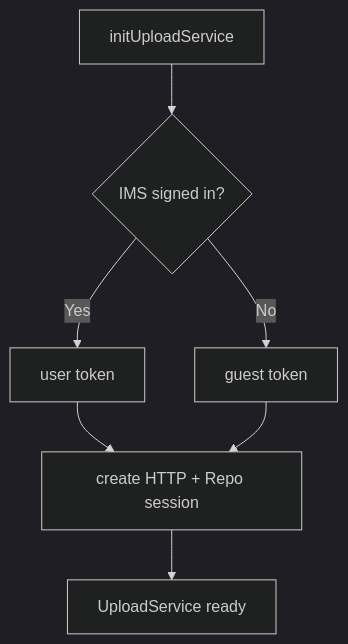
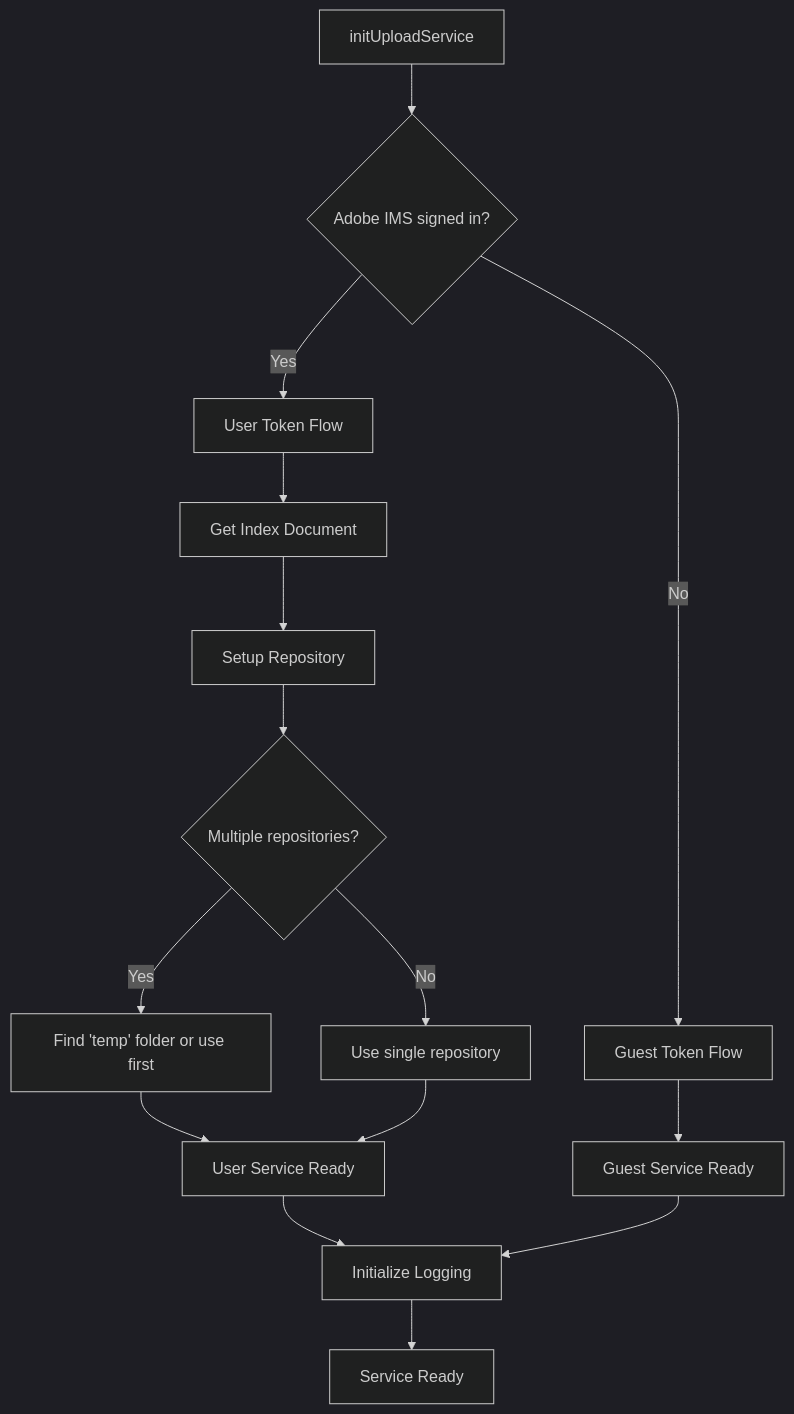
Before and after one commit to adobecom/express-milo: the first of 2 diagrams in express/code/scripts/upload-service/README.md, drawn with Mermaid (dark theme). The commit also changed other lines of this file, not shown here.

Commit message:
Feat: Updated Readme.md for upload-service to reflect recent changes

````diff
--- a/express/code/scripts/upload-service/README.md
+++ b/express/code/scripts/upload-service/README.md
@@ -27,8 +68,20 @@
 ```mermaid
 flowchart TD
-  A[initUploadService] --> B{IMS signed in?}
-  B -- Yes --> C[user token]
-  B -- No --> D[guest token]
-  C & D --> E[create HTTP + Repo session]
-  E --> F[UploadService ready]
+  A[initUploadService] --> B{Adobe IMS signed in?}
+  B -- Yes --> C[User Token Flow]
+  B -- No --> D[Guest Token Flow]
+  
+  C --> E[Get Index Document]
+  E --> F[Setup Repository]
+  F --> G{Multiple repositories?}
+  G -- Yes --> H[Find 'temp' folder or use first]
+  G -- No --> I[Use single repository]
+  H --> J[User Service Ready]
+  I --> J
+  
+  D --> K[Guest Service Ready]
+  
+  J --> L[Initialize Logging]
+  K --> L
+  L --> M[Service Ready]
 ```
````
